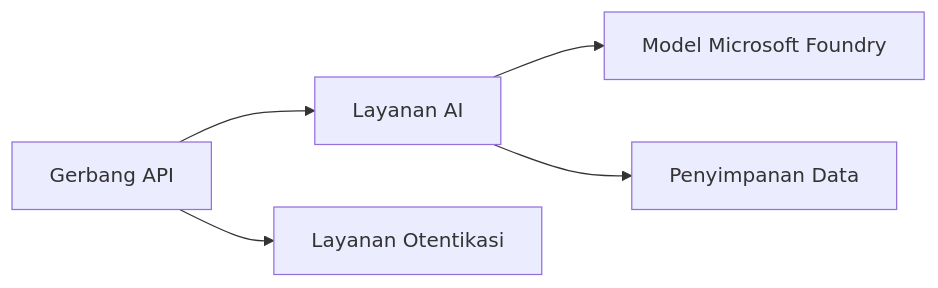
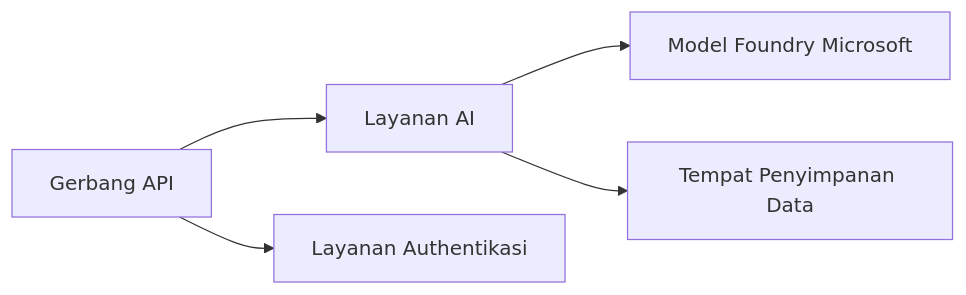
The first of 2 diagrams in translations/id/docs/chapter-08-production/README.md (microsoft/AZD-for-beginners), drawn with Mermaid before and after one commit. The commit also changed other lines of this file and 58 other files, not shown here.

````diff
--- a/translations/id/docs/chapter-08-production/README.md
+++ b/translations/id/docs/chapter-08-production/README.md
@@ -48,6 +48,6 @@
 ```mermaid
 graph LR
-    Gateway[Gerbang API] --> AI[Layanan AI] --> Models[Model Microsoft Foundry]
-    Gateway --> Auth[Layanan Otentikasi]
-    AI --> Data[Penyimpanan Data]
+    Gateway[Gerbang API] --> AI[Layanan AI] --> Models[Model Foundry Microsoft]
+    Gateway --> Auth[Layanan Authentikasi]
+    AI --> Data[Tempat Penyimpanan Data]
 ```
````
